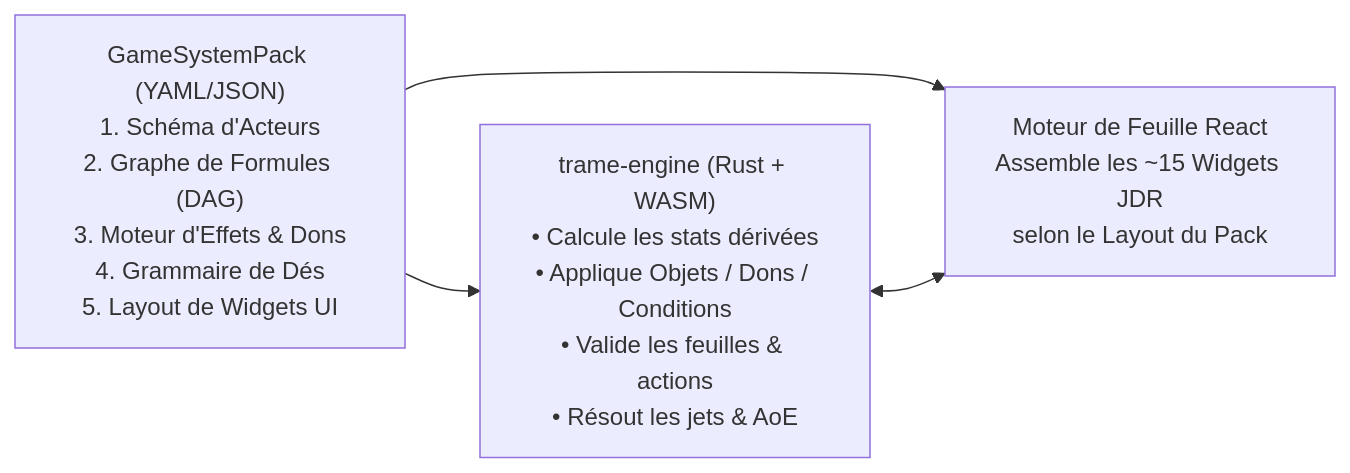
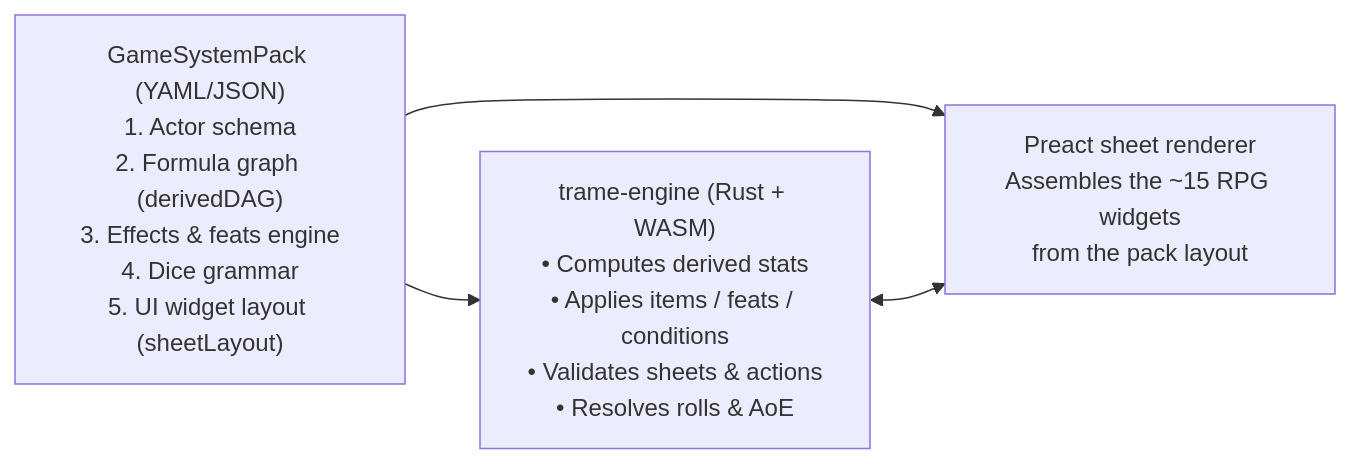
Before and after one commit to Hartorn-Inc/trame: the diagram in docs/specs/02-GAME-ENGINE-AND-DND5E.md, drawn with Mermaid. The commit also changed other lines of this file and 256 other files, not shown here.

````diff
--- a/docs/specs/02-GAME-ENGINE-AND-DND5E.md
+++ b/docs/specs/02-GAME-ENGINE-AND-DND5E.md
@@ -11,10 +11,10 @@
 ```mermaid
 graph LR
-    Pack["GameSystemPack (YAML/JSON)\n1. Schéma d'Acteurs\n2. Graphe de Formules (DAG)\n3. Moteur d'Effets & Dons\n4. Grammaire de Dés\n5. Layout de Widgets UI"]
-    Engine["trame-engine (Rust + WASM)\n• Calcule les stats dérivées\n• Applique Objets / Dons / Conditions\n• Valide les feuilles & actions\n• Résout les jets & AoE"]
-    UI["Moteur de Feuille React\nAssemble les ~15 Widgets JDR\nselon le Layout du Pack"]
+    Pack["GameSystemPack (YAML/JSON)\n1. Actor schema\n2. Formula graph (derivedDAG)\n3. Effects & feats engine\n4. Dice grammar\n5. UI widget layout (sheetLayout)"]
+    Engine["trame-engine (Rust + WASM)\n• Computes derived stats\n• Applies items / feats / conditions\n• Validates sheets & actions\n• Resolves rolls & AoE"]
+    UI["Preact sheet renderer\nAssembles the ~15 RPG widgets\nfrom the pack layout"]
 
     Pack --> Engine
     Pack --> UI
     Engine <--> UI
 ```
````
